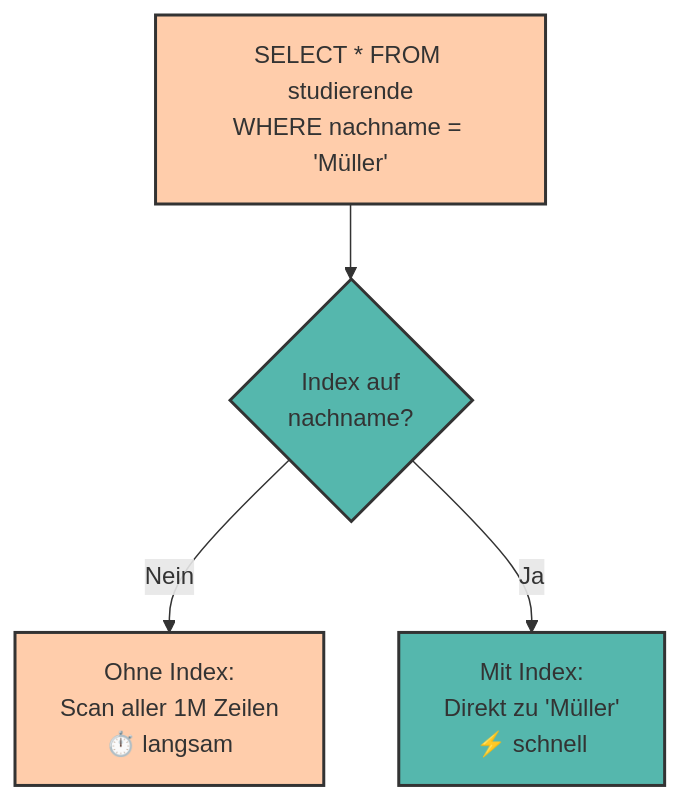
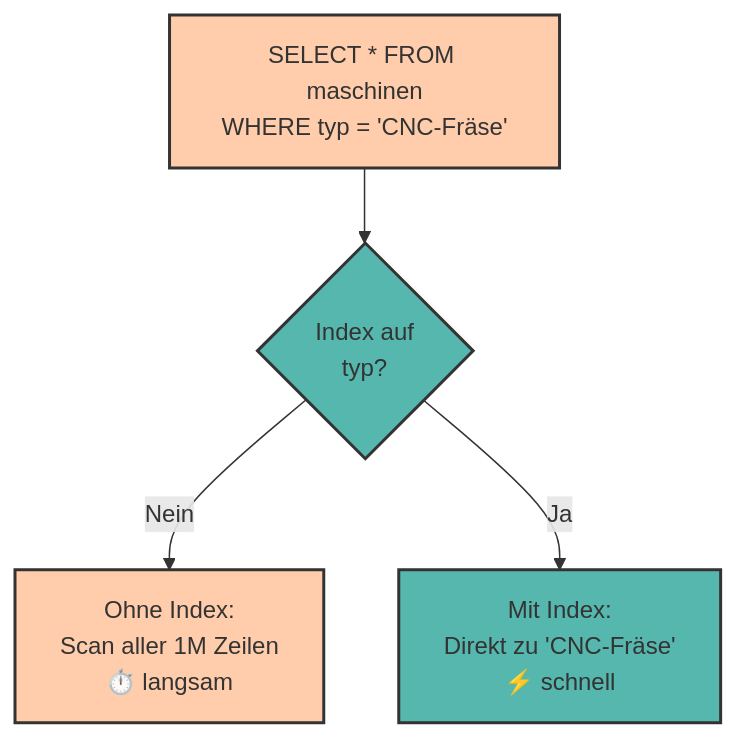
One commit to mciwing/data-campus changed the diagram in docs/database/indizes.md. Above: the diagram before and after it, drawn with Mermaid. The commit also changed other lines of this file and 9 other files, not shown here.

````diff
--- a/docs/database/indizes.md
+++ b/docs/database/indizes.md
@@ -35,14 +35,14 @@
 ```mermaid
 graph TD
-    A[SELECT * FROM studierende<br>WHERE nachname = 'Müller']:::peach
-    B{Index auf<br>nachname?}:::teal
+    A[SELECT * FROM maschinen<br>WHERE typ = 'CNC-Fräse']:::peach
+    B{Index auf<br>typ?}:::teal
     C[Ohne Index:<br>Scan aller 1M Zeilen<br>⏱️ langsam]:::peach
-    D[Mit Index:<br>Direkt zu 'Müller'<br>⚡ schnell]:::teal
-    
+    D[Mit Index:<br>Direkt zu 'CNC-Fräse'<br>⚡ schnell]:::teal
+
     A --> B
     B -->|Nein| C
     B -->|Ja| D
 
     classDef peach fill:#FFB482aa,stroke:#333,stroke-width:2px;
     classDef teal fill:#009485aa,stroke:#333,stroke-width:2px;
 ```
````
